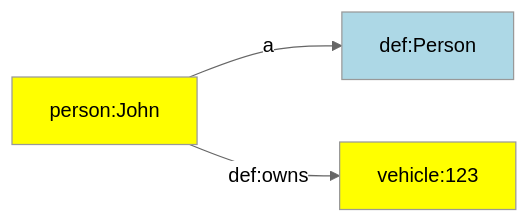
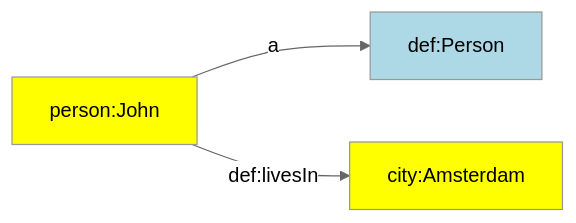
The first of 2 diagrams in docs/triply-etl/declare/index.md (TriplyDB/Documentation), drawn with Mermaid (neutral theme) before and after one commit. The commit also changed other lines of this file and 1 other file, not shown here.

````diff
--- a/docs/triply-etl/declare/index.md
+++ b/docs/triply-etl/declare/index.md
@@ -184,12 +283,12 @@
 ```mermaid
 graph LR
   john -- a --> Person
-  john -- def:owns --> vehicle
+  john -- def:livesIn --> amsterdam
 
   Person[def:Person]:::model
+  amsterdam[city:Amsterdam]:::data
   john[person:John]:::data
-  vehicle[vehicle:123]:::data
 
   classDef data fill:yellow
   classDef model fill:lightblue
 ```
````
